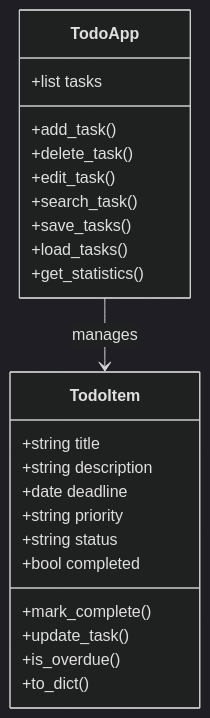
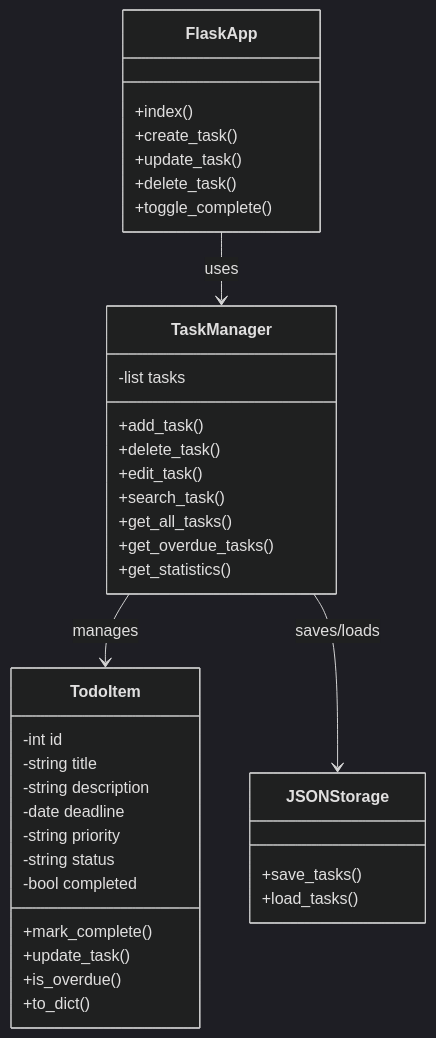
Before and after one commit to ngoc2206/to-do-app: the diagram in README.md, drawn with Mermaid (dark theme). The commit also changed other lines of this file, not shown here.

Commit message:
feat: Add detailed UML

````diff
--- a/README.md
+++ b/README.md
@@ -169,31 +61,47 @@
 ```mermaid
 classDiagram
 
 class TodoItem {
-    +string title
-    +string description
-    +date deadline
-    +string priority
-    +string status
-    +bool completed
+    -int id
+    -string title
+    -string description
+    -date deadline
+    -string priority
+    -string status
+    -bool completed
 
     +mark_complete()
     +update_task()
     +is_overdue()
     +to_dict()
 }
 
-class TodoApp {
-    +list tasks
+class TaskManager {
+    -list tasks
 
     +add_task()
     +delete_task()
     +edit_task()
     +search_task()
-    +save_tasks()
-    +load_tasks()
+    +get_all_tasks()
+    +get_overdue_tasks()
     +get_statistics()
 }
 
-TodoApp --> TodoItem : manages
+class JSONStorage {
+    +save_tasks()
+    +load_tasks()
+}
+
+class FlaskApp {
+    +index()
+    +create_task()
+    +update_task()
+    +delete_task()
+    +toggle_complete()
+}
+
+TaskManager --> TodoItem : manages
+TaskManager --> JSONStorage : saves/loads
+FlaskApp --> TaskManager : uses
 ```
````
